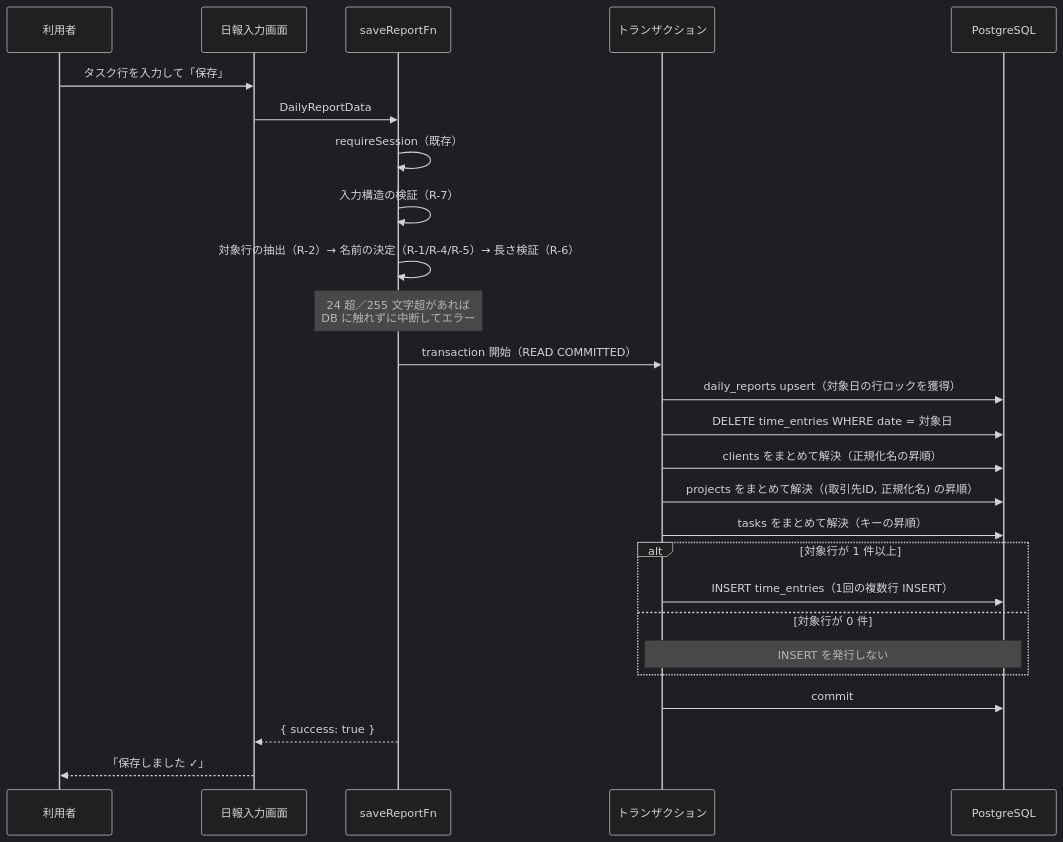
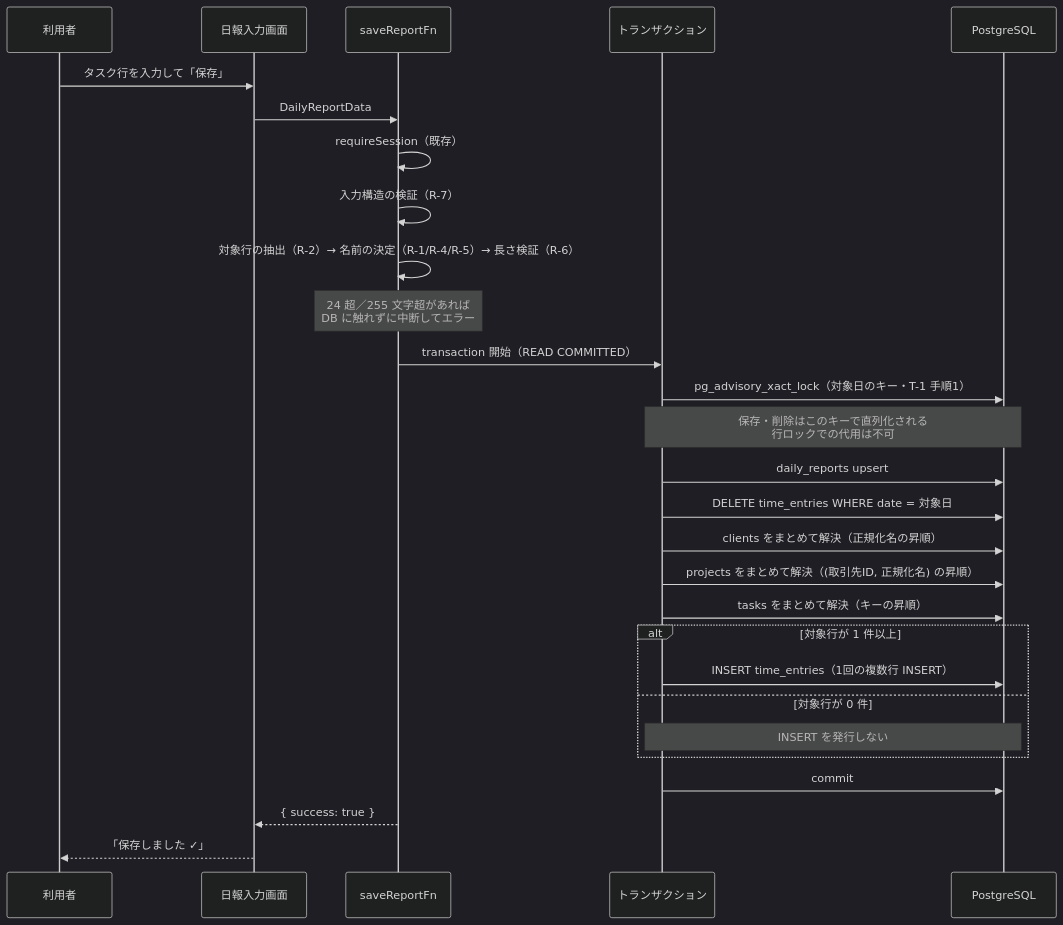
The first of 2 diagrams in docs/設計/工数実績の正規化保存/工数実績の正規化保存_設計書.md (KenichiMatsumoto123/work-hub), drawn with Mermaid (dark theme) before and after one commit. The commit also changed other lines of this file, not shown here.

````diff
--- a/docs/設計/工数実績の正規化保存/工数実績の正規化保存_設計書.md
+++ b/docs/設計/工数実績の正規化保存/工数実績の正規化保存_設計書.md
@@ -263,29 +270,31 @@
 ```mermaid
 sequenceDiagram
     participant U as 利用者
     participant UI as 日報入力画面
     participant SF as saveReportFn
     participant TX as トランザクション
     participant DB as PostgreSQL
 
     U->>UI: タスク行を入力して「保存」
     UI->>SF: DailyReportData
     SF->>SF: requireSession（既存）
     SF->>SF: 入力構造の検証（R-7）
     SF->>SF: 対象行の抽出（R-2）→ 名前の決定（R-1/R-4/R-5）→ 長さ検証（R-6）
     Note over SF: 24 超／255 文字超があれば<br/>DB に触れずに中断してエラー
     SF->>TX: transaction 開始（READ COMMITTED）
-    TX->>DB: daily_reports upsert（対象日の行ロックを獲得）
+    TX->>DB: pg_advisory_xact_lock（対象日のキー・T-1 手順1）
+    Note over TX,DB: 保存・削除はこのキーで直列化される<br/>行ロックでの代用は不可
+    TX->>DB: daily_reports upsert
     TX->>DB: DELETE time_entries WHERE date = 対象日
     TX->>DB: clients をまとめて解決（正規化名の昇順）
     TX->>DB: projects をまとめて解決（(取引先ID, 正規化名) の昇順）
     TX->>DB: tasks をまとめて解決（キーの昇順）
     alt 対象行が 1 件以上
         TX->>DB: INSERT time_entries（1回の複数行 INSERT）
     else 対象行が 0 件
         Note over TX,DB: INSERT を発行しない
     end
     TX->>DB: commit
     SF-->>UI: { success: true }
     UI-->>U: 「保存しました ✓」
 ```
````
